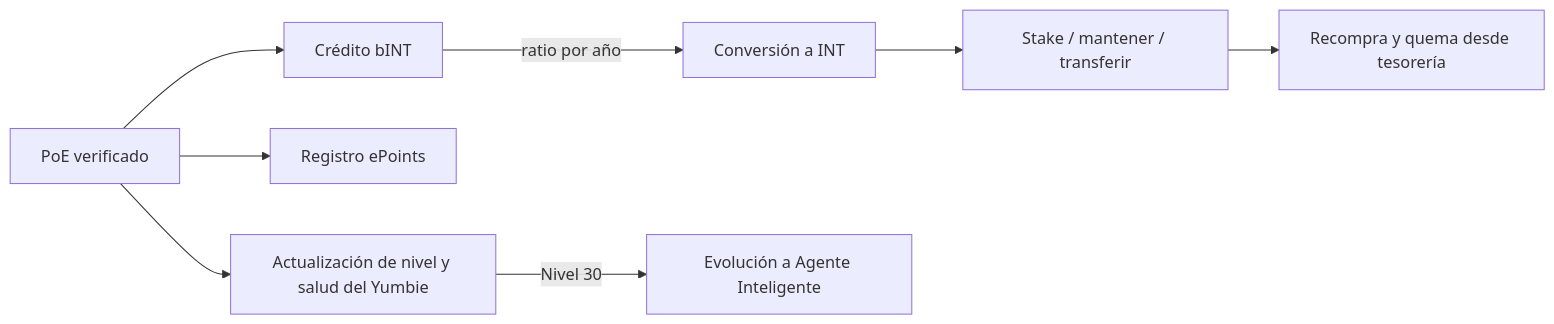
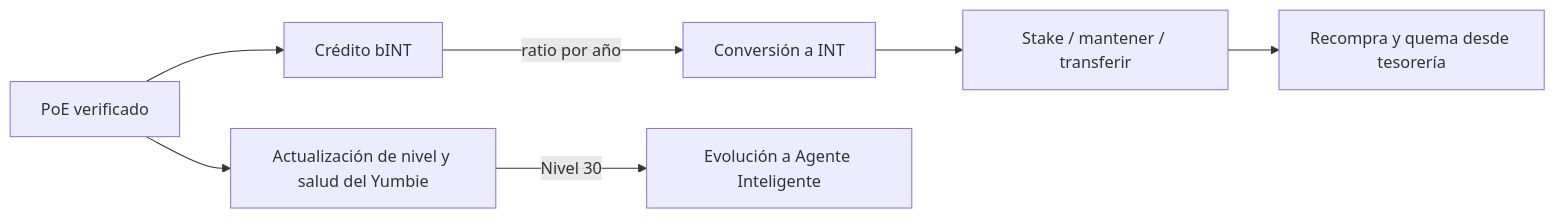
The third of 3 diagrams in content/whitepaper/es/economia-de-contribucion-y-diseno-del-token.md (Yumo-Yumo-Inc/yumoyumohq), drawn with Mermaid before and after one commit. The commit also changed other lines of this file and 1048 other files, not shown here.

````diff
--- a/content/whitepaper/es/economia-de-contribucion-y-diseno-del-token.md
+++ b/content/whitepaper/es/economia-de-contribucion-y-diseno-del-token.md
@@ -102,10 +101,9 @@
 ```mermaid
 flowchart LR
     A[PoE verificado] --> B[Crédito bINT]
-    A --> C[Registro ePoints]
-    A --> D[Actualización de nivel y salud del Yumbie]
-    B -->|ratio por año| E[Conversión a INT]
-    E --> F[Stake / mantener / transferir]
-    D -->|Nivel 30| G[Evolución a Agente Inteligente]
-    F --> H[Recompra y quema desde tesorería]
+    A --> C[Actualización de nivel y salud del Yumbie]
+    B -->|ratio por año| D[Conversión a INT]
+    D --> E[Stake / mantener / transferir]
+    C -->|Nivel 30| F[Evolución a Agente Inteligente]
+    E --> G[Recompra y quema desde tesorería]
 ```
````
